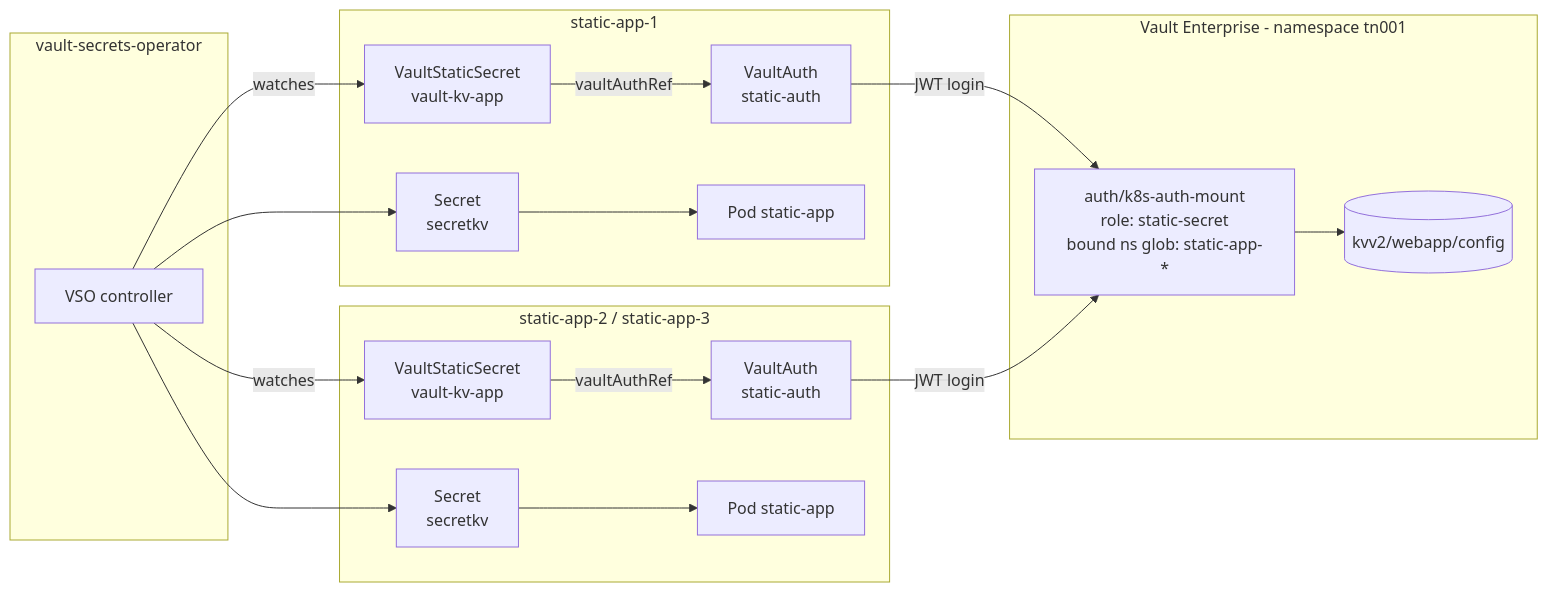
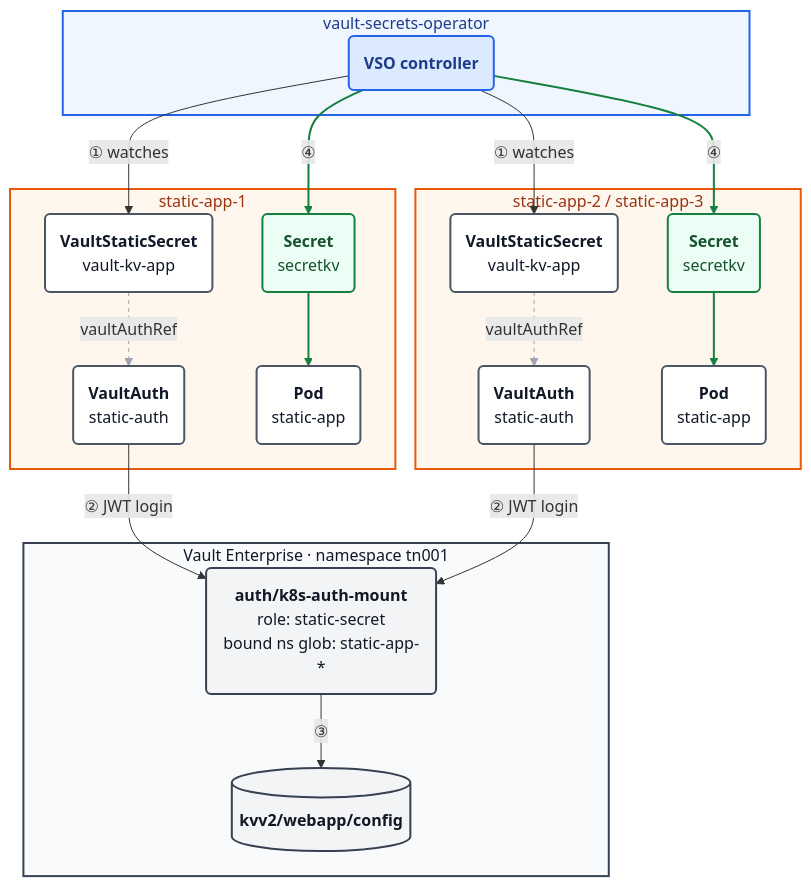
One commit to nhsy-hcp/learn-vault-secrets-operator changed the diagram in docs/static-secrets.md. Above: the diagram before and after it, drawn with Mermaid. The commit also changed other lines of this file and 22 other files, not shown here.

````diff
--- a/docs/static-secrets.md
+++ b/docs/static-secrets.md
@@ -12,35 +12,51 @@
 ```mermaid
-flowchart LR
-  subgraph vault["Vault Enterprise - namespace tn001"]
-    KV[("kvv2/webapp/config")]
-    ROLE["auth/k8s-auth-mount<br/>role: static-secret<br/>bound ns glob: static-app-*"]
+flowchart TB
+  classDef app fill:#ffffff,stroke:#4b5563,stroke-width:2px,color:#111827
+  classDef vso fill:#dbeafe,stroke:#2563eb,stroke-width:2px,color:#1e3a8a
+  classDef vault fill:#f3f4f6,stroke:#374151,stroke-width:2px,color:#111827
+  classDef out fill:#ecfdf5,stroke:#15803d,stroke-width:2px,color:#14532d
+  classDef k8s fill:#e5e7eb,stroke:#6b7280,stroke-width:2px,color:#111827
+  subgraph a["static-app-1"]
+    VS1("<b>VaultStaticSecret</b><br/>vault-kv-app")
+    VA1("<b>VaultAuth</b><br/>static-auth")
+    S1("<b>Secret</b><br/>secretkv")
+    P1("<b>Pod</b><br/>static-app")
+  end
+
+  subgraph b["static-app-2 / static-app-3"]
+    VSN("<b>VaultStaticSecret</b><br/>vault-kv-app")
+    VAN("<b>VaultAuth</b><br/>static-auth")
+    SN("<b>Secret</b><br/>secretkv")
+    PN("<b>Pod</b><br/>static-app")
   end
 
   subgraph vso["vault-secrets-operator"]
-    OP["VSO controller"]
+    OP("<b>VSO controller</b>")
   end
 
-  subgraph a["static-app-1"]
-    VA1["VaultAuth<br/>static-auth"]
-    VS1["VaultStaticSecret<br/>vault-kv-app"]
-    S1["Secret<br/>secretkv"]
-    P1["Pod static-app"]
+  subgraph vault["Vault Enterprise · namespace tn001"]
+    ROLE("<b>auth/k8s-auth-mount</b><br/>role: static-secret<br/>bound ns glob: static-app-*")
+    KV[("<b>kvv2/webapp/config</b>")]
   end
 
-  subgraph b["static-app-2 / static-app-3"]
-    VAN["VaultAuth<br/>static-auth"]
-    VSN["VaultStaticSecret<br/>vault-kv-app"]
-    SN["Secret<br/>secretkv"]
-    PN["Pod static-app"]
-  end
+  VS1 -.->|vaultAuthRef| VA1
+  VSN -.->|vaultAuthRef| VAN
+  OP -->|① watches| VS1
+  OP -->|① watches| VSN
+  VA1 -->|② JWT login| ROLE
+  VAN -->|② JWT login| ROLE
+  ROLE -->|③| KV
+  OP -->|④| S1 --> P1
+  OP -->|④| SN --> PN
 
-  VS1 -->|vaultAuthRef| VA1
-  VSN -->|vaultAuthRef| VAN
-  OP -->|watches| VS1
-  OP -->|watches| VSN
-  VA1 -->|JWT login| ROLE
-  VAN -->|JWT login| ROLE
-  ROLE --> KV
-  OP --> S1 --> P1
-  OP --> SN --> PN
+  class VS1,VA1,P1,VSN,VAN,PN app
+  class OP vso
+  class ROLE,KV vault
+  class S1,SN out
+  style a fill:#fff7ed,stroke:#ea580c,stroke-width:2px,color:#9a3412
+  style b fill:#fff7ed,stroke:#ea580c,stroke-width:2px,color:#9a3412
+  style vso fill:#eff6ff,stroke:#2563eb,stroke-width:2px,color:#1e3a8a
+  style vault fill:#f9fafb,stroke:#374151,stroke-width:2px,color:#111827
+  linkStyle 0,1 stroke:#9ca3af,stroke-dasharray:4
+  linkStyle 7,8,9,10 stroke:#15803d,stroke-width:2px
 ```
````
